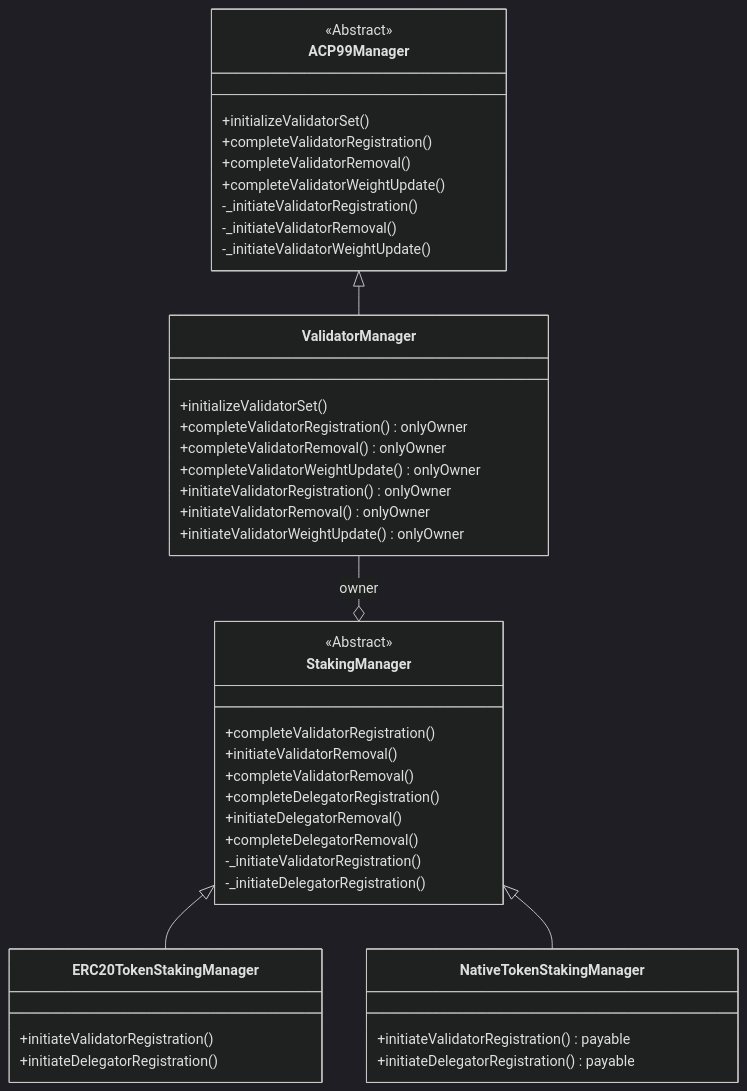
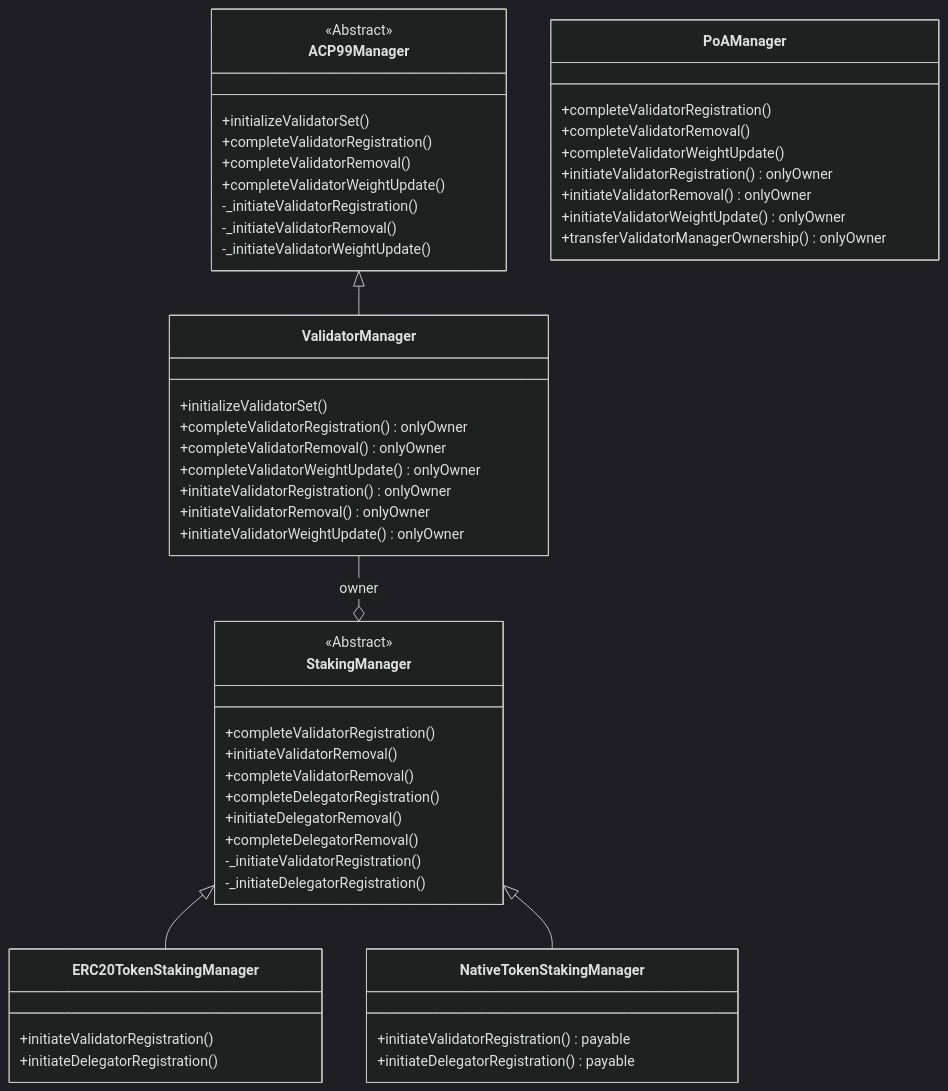
One commit to quantum-smith427t6/icm-contracts changed the diagram in contracts/validator-manager/README.md. Above: the diagram before and after it, drawn with Mermaid (dark theme). The commit also changed 7 other files, not shown here.

````diff
--- a/contracts/validator-manager/README.md
+++ b/contracts/validator-manager/README.md
@@ -5,53 +5,63 @@
 ```mermaid
 ---
   config:
     class:
       hideEmptyMembersBox: true
 ---
 classDiagram
 class ACP99Manager {
     +initializeValidatorSet()
     +completeValidatorRegistration()
     +completeValidatorRemoval()
     +completeValidatorWeightUpdate()
     -_initiateValidatorRegistration()
     -_initiateValidatorRemoval()
     -_initiateValidatorWeightUpdate()
 }
 <<Abstract>> ACP99Manager
 
 class ValidatorManager {
     +initializeValidatorSet()
     +completeValidatorRegistration() onlyOwner
     +completeValidatorRemoval() onlyOwner
     +completeValidatorWeightUpdate() onlyOwner
     +initiateValidatorRegistration() onlyOwner
     +initiateValidatorRemoval() onlyOwner
     +initiateValidatorWeightUpdate() onlyOwner
 }
 
+class PoAManager {
+    +completeValidatorRegistration()
+    +completeValidatorRemoval()
+    +completeValidatorWeightUpdate()
+    +initiateValidatorRegistration() onlyOwner
+    +initiateValidatorRemoval() onlyOwner
+    +initiateValidatorWeightUpdate() onlyOwner
+    +transferValidatorManagerOwnership() onlyOwner
+}
+
 class StakingManager {
     +completeValidatorRegistration()
     +initiateValidatorRemoval()
     +completeValidatorRemoval()
     +completeDelegatorRegistration()
     +initiateDelegatorRemoval()
     +completeDelegatorRemoval()
     -_initiateValidatorRegistration()
     -_initiateDelegatorRegistration()
 }
 <<Abstract>> StakingManager
 class ERC20TokenStakingManager {
     +initiateValidatorRegistration()
     +initiateDelegatorRegistration()
 }
 class NativeTokenStakingManager {
     +initiateValidatorRegistration() payable
     +initiateDelegatorRegistration() payable
 }
 
 ACP99Manager <|-- ValidatorManager
 ValidatorManager --o  StakingManager : owner
 StakingManager <|-- ERC20TokenStakingManager
 StakingManager <|-- NativeTokenStakingManager
 ```
````
